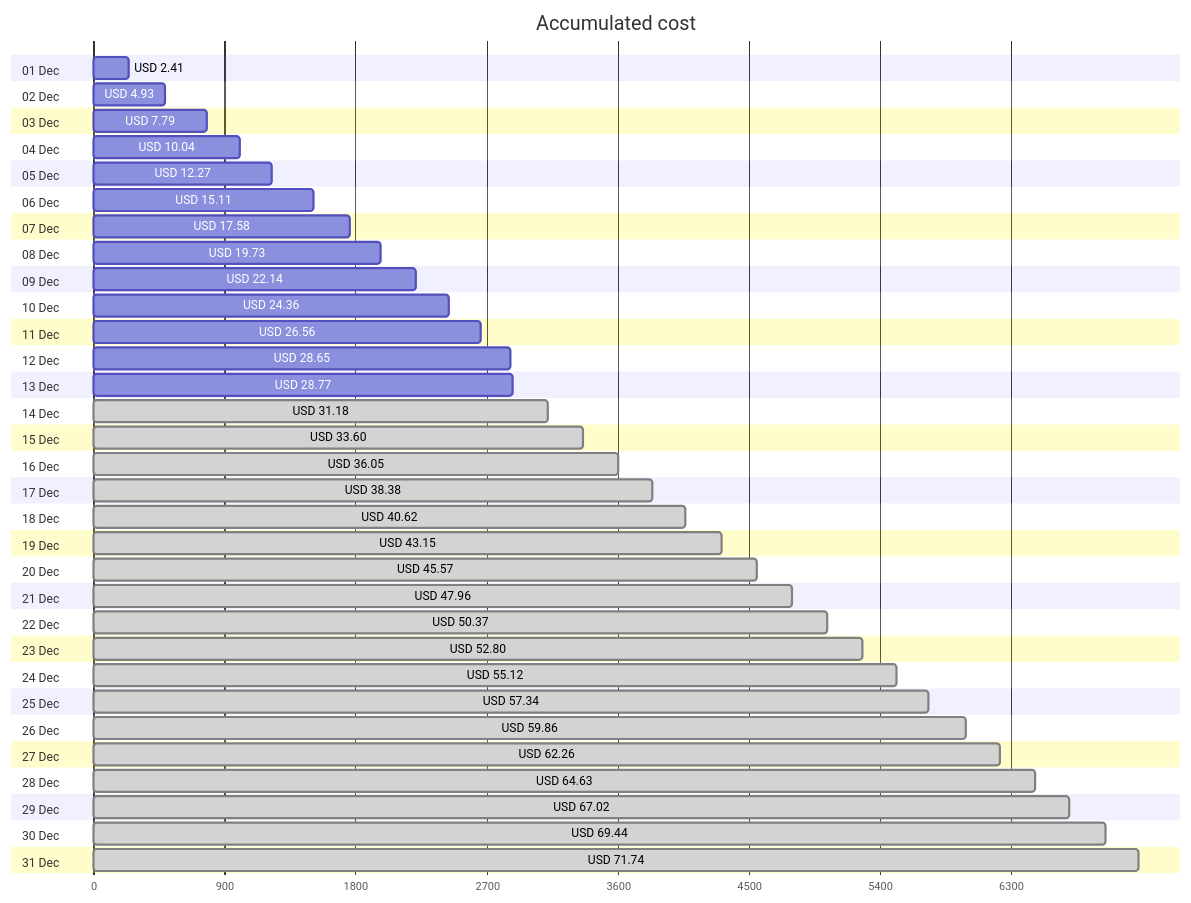
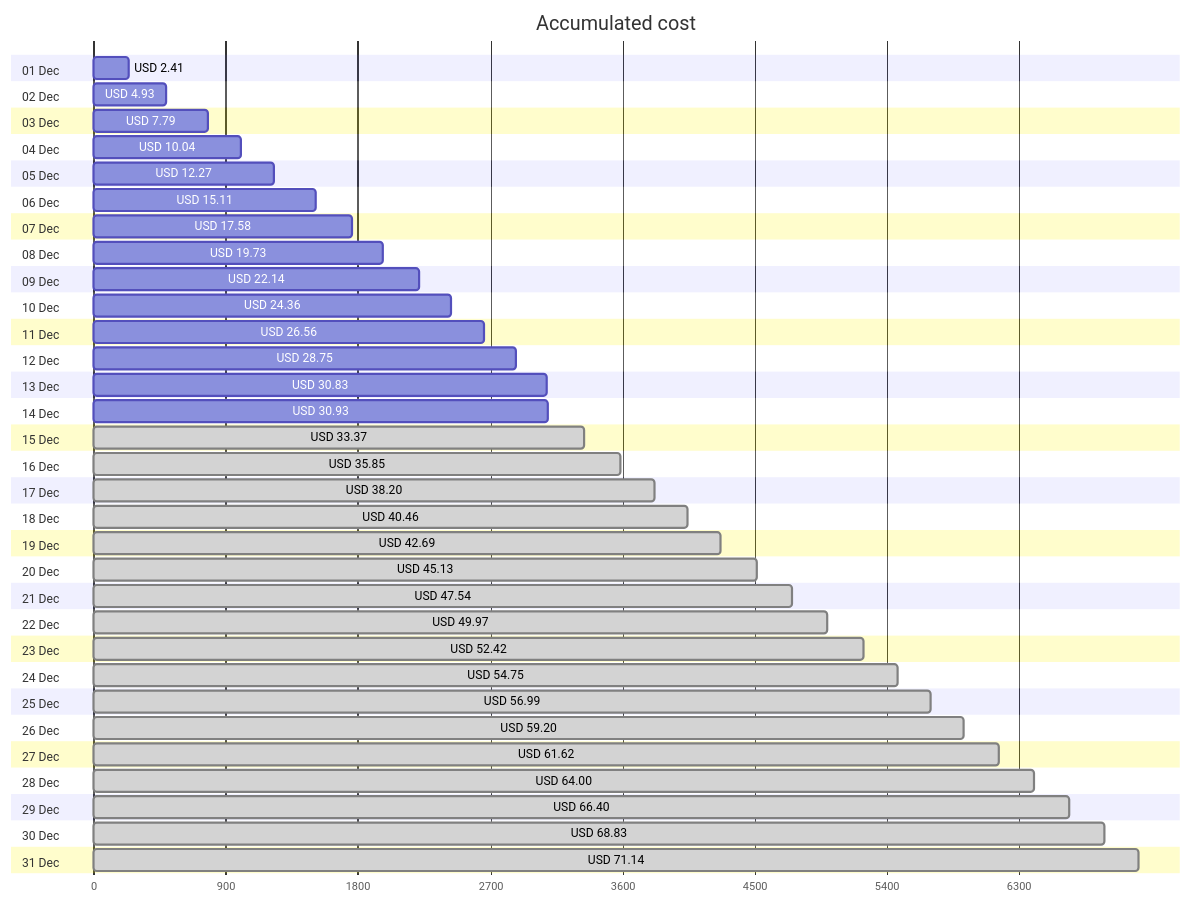
Before and after one commit to jpfulton/azure-personal-reports: the first of 4 diagrams in cost-reports/accumulated-cost.md, drawn with Mermaid. The commit also changed other lines of this file and 4 other files, not shown here.

````diff
--- a/cost-reports/accumulated-cost.md
+++ b/cost-reports/accumulated-cost.md
@@ -20,68 +20,68 @@
 ```mermaid
 gantt
    title Accumulated cost
    dateFormat  X
    axisFormat %s
    section 01 Dec
    USD 2.41 :0, 241
    section 02 Dec
    USD 4.93 :0, 493
    section 03 Dec
    USD 7.79 :0, 779
    section 04 Dec
    USD 10.04 :0, 1004
    section 05 Dec
    USD 12.27 :0, 1227
    section 06 Dec
    USD 15.11 :0, 1511
    section 07 Dec
    USD 17.58 :0, 1758
    section 08 Dec
    USD 19.73 :0, 1973
    section 09 Dec
    USD 22.14 :0, 2214
    section 10 Dec
    USD 24.36 :0, 2436
    section 11 Dec
    USD 26.56 :0, 2656
    section 12 Dec
-   USD 28.65 :0, 2865
+   USD 28.75 :0, 2875
    section 13 Dec
-   USD 28.77 :0, 2877
+   USD 30.83 :0, 3083
    section 14 Dec
-   USD 31.18 : done, 0, 3118
+   USD 30.93 :0, 3093
    section 15 Dec
-   USD 33.60 : done, 0, 3360
+   USD 33.37 : done, 0, 3337
    section 16 Dec
-   USD 36.05 : done, 0, 3605
+   USD 35.85 : done, 0, 3585
    section 17 Dec
-   USD 38.38 : done, 0, 3838
+   USD 38.20 : done, 0, 3820
    section 18 Dec
-   USD 40.62 : done, 0, 4062
+   USD 40.46 : done, 0, 4046
    section 19 Dec
-   USD 43.15 : done, 0, 4315
+   USD 42.69 : done, 0, 4269
    section 20 Dec
-   USD 45.57 : done, 0, 4557
+   USD 45.13 : done, 0, 4513
    section 21 Dec
-   USD 47.96 : done, 0, 4796
+   USD 47.54 : done, 0, 4754
    section 22 Dec
-   USD 50.37 : done, 0, 5037
+   USD 49.97 : done, 0, 4997
    section 23 Dec
-   USD 52.80 : done, 0, 5280
+   USD 52.42 : done, 0, 5242
    section 24 Dec
-   USD 55.12 : done, 0, 5512
+   USD 54.75 : done, 0, 5475
    section 25 Dec
-   USD 57.34 : done, 0, 5734
+   USD 56.99 : done, 0, 5699
    section 26 Dec
-   USD 59.86 : done, 0, 5986
+   USD 59.20 : done, 0, 5920
    section 27 Dec
-   USD 62.26 : done, 0, 6226
+   USD 61.62 : done, 0, 6162
    section 28 Dec
-   USD 64.63 : done, 0, 6463
+   USD 64.00 : done, 0, 6400
    section 29 Dec
-   USD 67.02 : done, 0, 6702
+   USD 66.40 : done, 0, 6640
    section 30 Dec
-   USD 69.44 : done, 0, 6944
+   USD 68.83 : done, 0, 6883
    section 31 Dec
-   USD 71.74 : done, 0, 7174
+   USD 71.14 : done, 0, 7114
 ```
````
